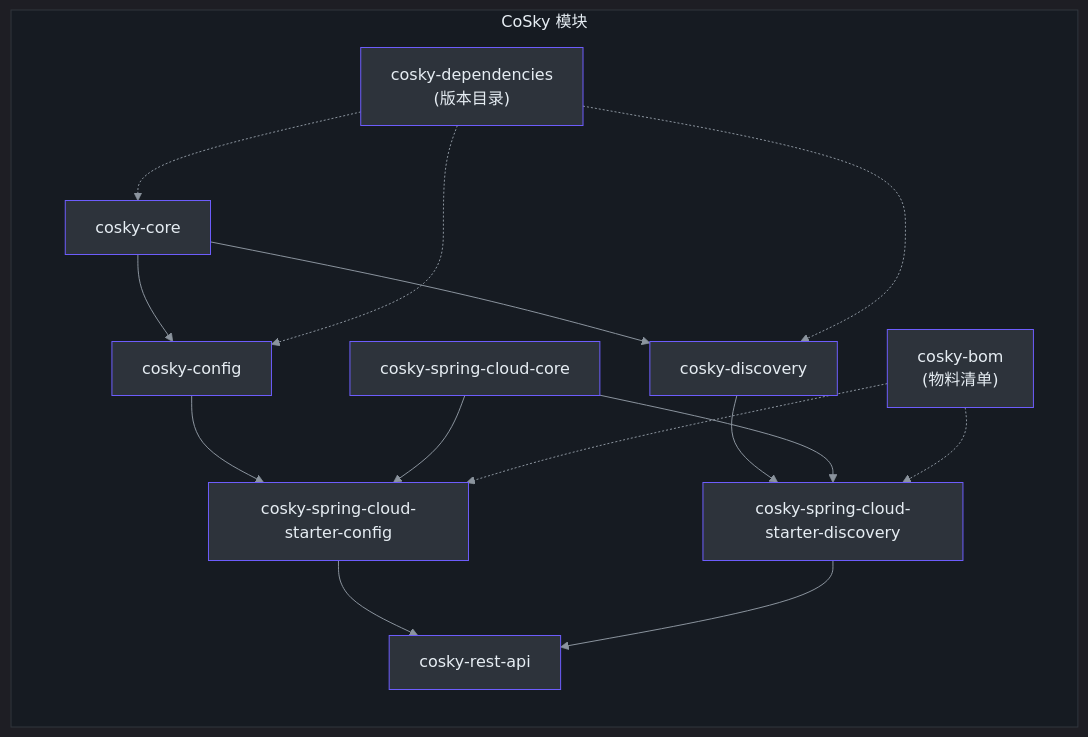
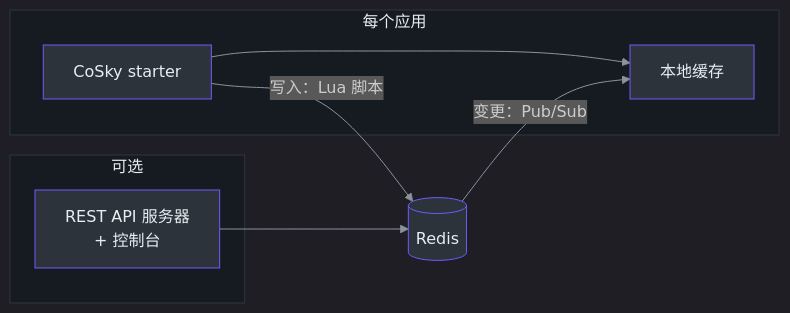
Before and after one commit to Ahoo-Wang/CoSky: the diagram in wiki/zh/guide/index.md, drawn with Mermaid. The commit also changed other lines of this file and 39 other files, not shown here.

````diff
--- a/wiki/zh/guide/index.md
+++ b/wiki/zh/guide/index.md
@@ -75,30 +12,20 @@
 ```mermaid
 %%{init: {'theme':'dark', 'themeVariables': {'primaryColor':'#2d333b','primaryBorderColor':'#6d5dfc','primaryTextColor':'#e6edf3','lineColor':'#8b949e','secondaryColor':'#161b22','tertiaryColor':'#161b22'}}}%%
 graph LR
-    subgraph Modules["CoSky 模块"]
-        style Modules fill:#161b22,stroke:#30363d,color:#e6edf3
-        CORE["cosky-core"] --> CONFIG["cosky-config"]
-        CORE --> DISCOVERY["cosky-discovery"]
-        CONFIG --> SCC["cosky-spring-cloud-starter-config"]
-        DISCOVERY --> SCD["cosky-spring-cloud-starter-discovery"]
-        SCC --> REST["cosky-rest-api"]
-        SCD --> REST
-        SC_CORE["cosky-spring-cloud-core"] --> SCC
-        SC_CORE --> SCD
-        BOM["cosky-bom<br>(物料清单)"] -.-> SCC
-        BOM -.-> SCD
-        DEPS["cosky-dependencies<br>(版本目录)"] -.-> CORE
-        DEPS -.-> CONFIG
-        DEPS -.-> DISCOVERY
+    subgraph App["每个应用"]
+        style App fill:#161b22,stroke:#30363d,color:#e6edf3
+        STARTER["CoSky starter"] --> CACHE["本地缓存"]
     end
-
-    style CORE fill:#2d333b,stroke:#6d5dfc,color:#e6edf3
-    style CONFIG fill:#2d333b,stroke:#6d5dfc,color:#e6edf3
-    style DISCOVERY fill:#2d333b,stroke:#6d5dfc,color:#e6edf3
-    style SCC fill:#2d333b,stroke:#6d5dfc,color:#e6edf3
-    style SCD fill:#2d333b,stroke:#6d5dfc,color:#e6edf3
-    style REST fill:#2d333b,stroke:#6d5dfc,color:#e6edf3
-    style SC_CORE fill:#2d333b,stroke:#6d5dfc,color:#e6edf3
-    style BOM fill:#2d333b,stroke:#6d5dfc,color:#e6edf3
-    style DEPS fill:#2d333b,stroke:#6d5dfc,color:#e6edf3
+    subgraph Ops["可选"]
+        style Ops fill:#161b22,stroke:#30363d,color:#e6edf3
+        SERVER["REST API 服务器<br>+ 控制台"]
+    end
+    REDIS[("Redis")]
+    STARTER -- "写入：Lua 脚本" --> REDIS
+    REDIS -- "变更：Pub/Sub" --> CACHE
+    SERVER --> REDIS
+    style STARTER fill:#2d333b,stroke:#6d5dfc,color:#e6edf3
+    style CACHE fill:#2d333b,stroke:#6d5dfc,color:#e6edf3
+    style SERVER fill:#2d333b,stroke:#6d5dfc,color:#e6edf3
+    style REDIS fill:#2d333b,stroke:#6d5dfc,color:#e6edf3
 ```
````
